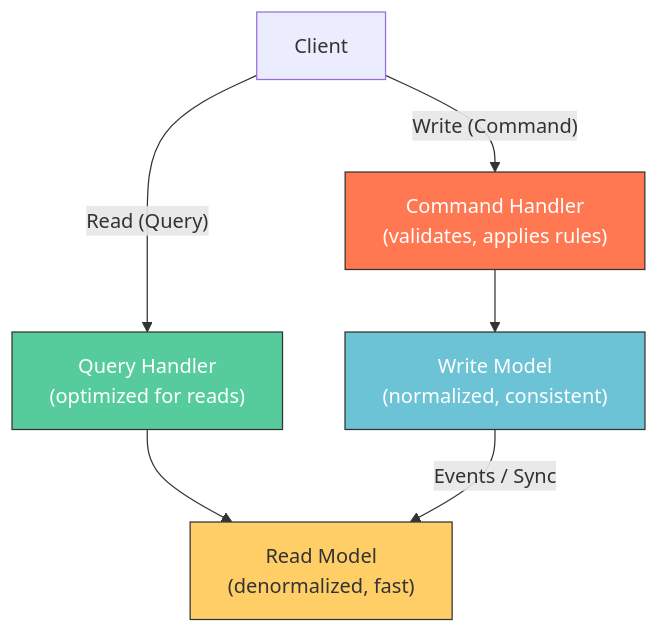
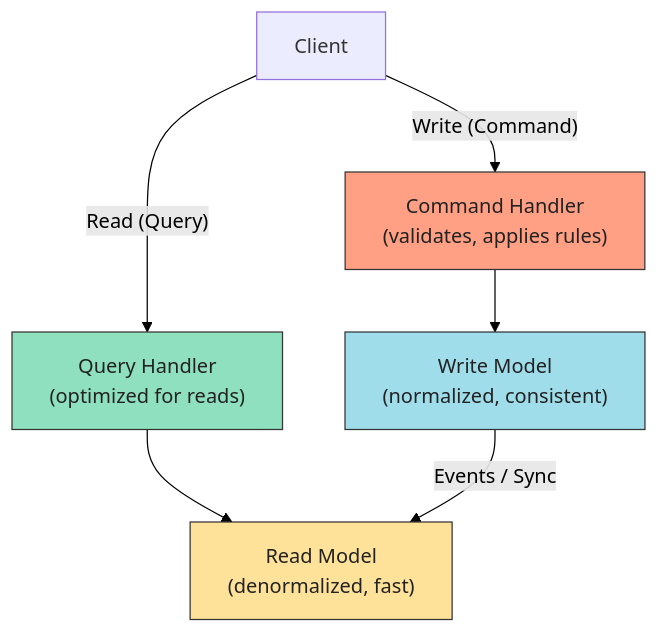
Before and after one commit to tanquangduong/tanquangduong.github.io: the tenth of 10 diagrams in posts/design-pattern/Design-Pattern-Interview-QA-2.qmd, drawn with Mermaid. The commit also changed other lines of this file and 204 other files, not shown here.

````diff
--- a/posts/design-pattern/Design-Pattern-Interview-QA-2.qmd
+++ b/posts/design-pattern/Design-Pattern-Interview-QA-2.qmd
@@ -1423,16 +1433,17 @@
 ```{mermaid}
 graph TD
+    linkStyle default stroke:#000,color:#000
     CLIENT["Client"]
     CLIENT -->|"Write (Command)"| CMD["Command Handler<br/>(validates, applies rules)"]
     CLIENT -->|"Read (Query)"| QUERY["Query Handler<br/>(optimized for reads)"]
 
     CMD --> WRITE_DB["Write Model<br/>(normalized, consistent)"]
     QUERY --> READ_DB["Read Model<br/>(denormalized, fast)"]
 
     WRITE_DB -->|"Events / Sync"| READ_DB
 
-    style CMD fill:#ff7851,stroke:#333,color:#fff
-    style QUERY fill:#56cc9d,stroke:#333,color:#fff
-    style WRITE_DB fill:#6cc3d5,stroke:#333,color:#fff
-    style READ_DB fill:#ffce67,stroke:#333
+    style CMD fill:#ff9f84,stroke:#333,color:#222
+    style QUERY fill:#8fe0bf,stroke:#333,color:#222
+    style WRITE_DB fill:#9fddea,stroke:#333,color:#222
+    style READ_DB fill:#ffe29a,stroke:#333,color:#222
 ```
````
